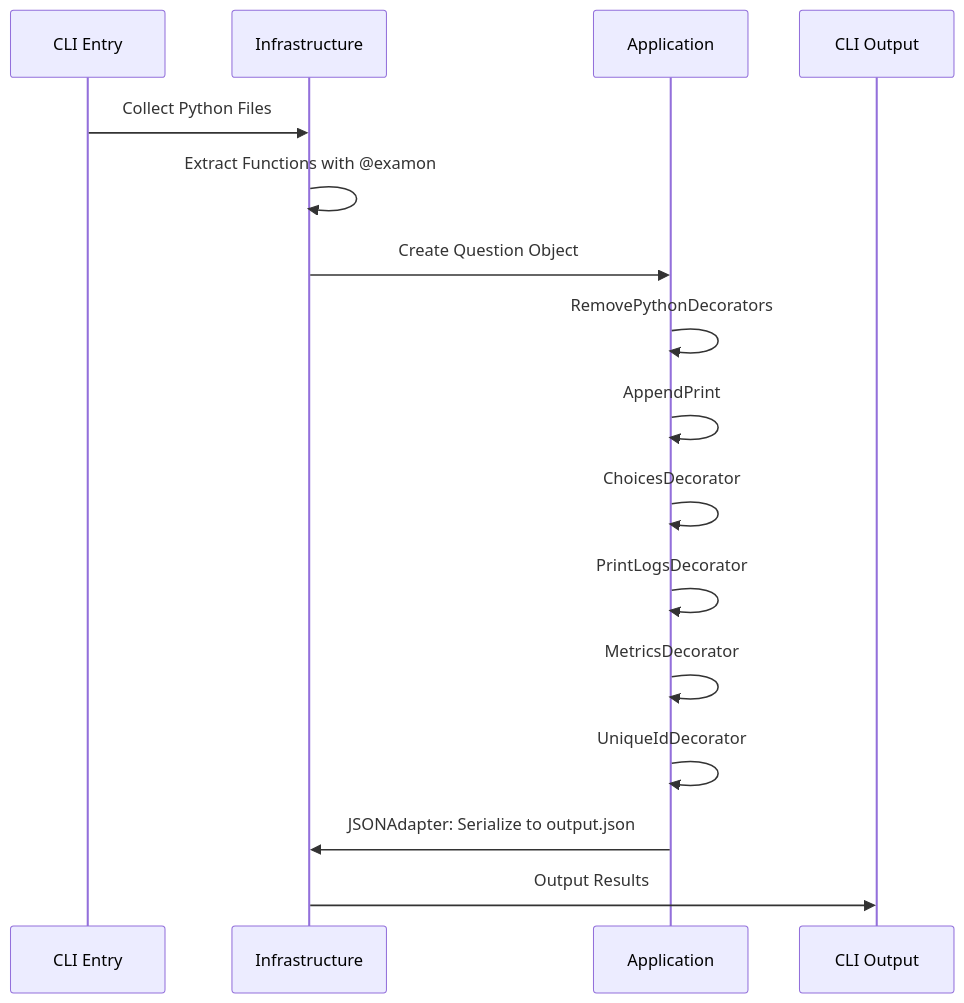
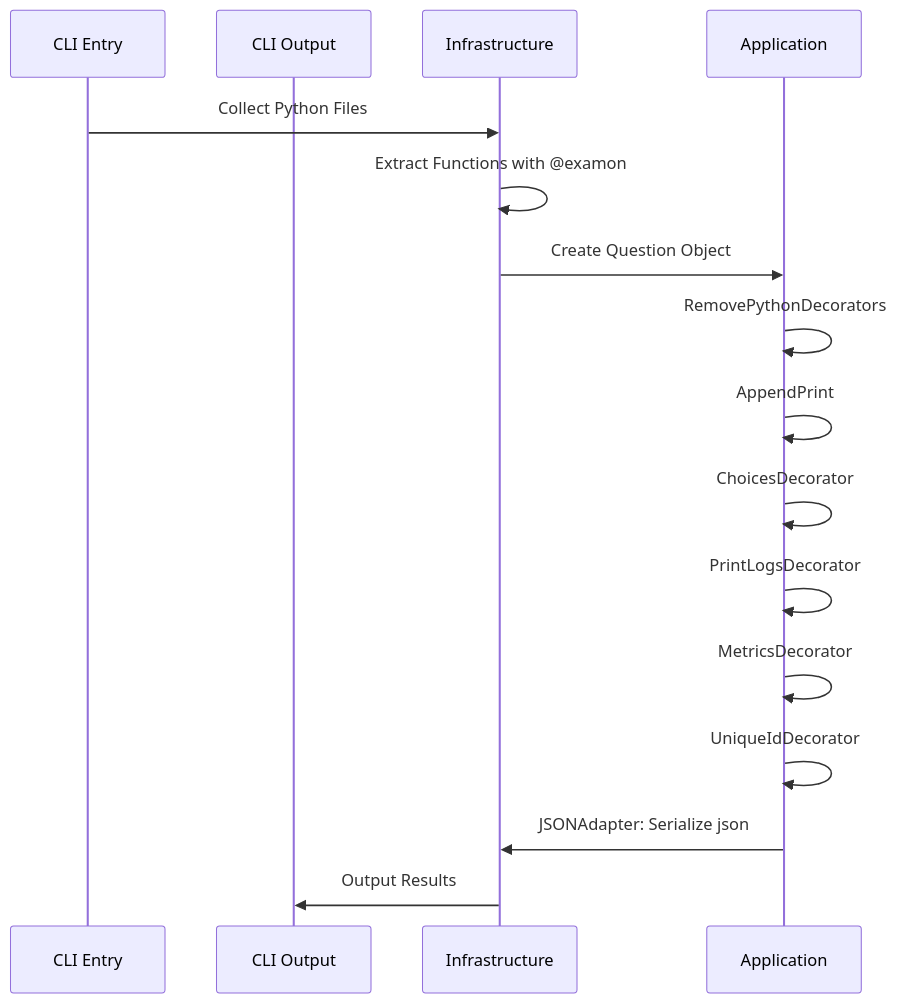
The diagram in docs/flow.mmd (ExamonOrg/examon-core), drawn with Mermaid before and after one commit. The commit also changed 3 other files, not shown here.

```diff
--- a/docs/flow.mmd
+++ b/docs/flow.mmd
@@ -1,17 +1,22 @@
       sequenceDiagram
+            %% Presentation Layer
             participant CLI as CLI Entry
+            participant Output as CLI Output
+
+            %% Infrastructure Layer
             participant Infra as Infrastructure
+
+            %% Application Layer
             participant App as Application
-            participant Output as CLI Output
 
             CLI->>Infra: Collect Python Files
             Infra->>Infra: Extract Functions with @examon
             Infra->>App: Create Question Object
             App->>App: RemovePythonDecorators
             App->>App: AppendPrint
             App->>App: ChoicesDecorator
             App->>App: PrintLogsDecorator
             App->>App: MetricsDecorator
             App->>App: UniqueIdDecorator
-            App->>Infra: JSONAdapter: Serialize to output.json
+            App->>Infra: JSONAdapter: Serialize json
             Infra->>Output: Output Results
```
